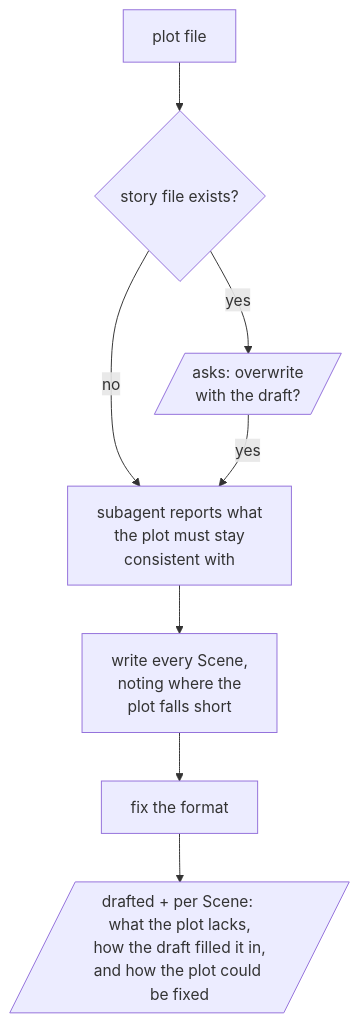
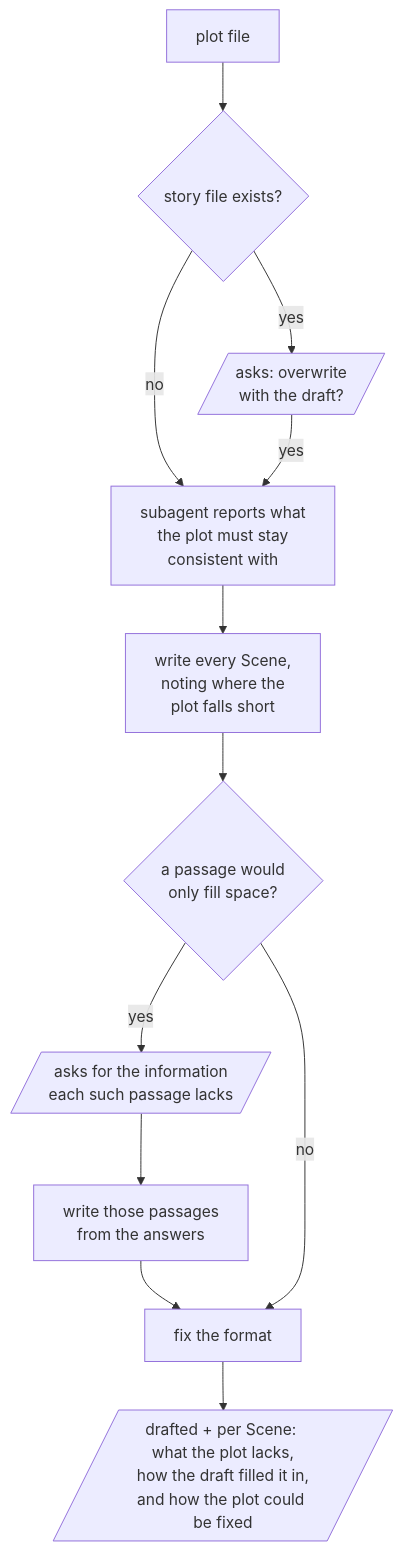
Before and after one commit to omni-stove/skill-kit: the diagram in domains/story/skills/draft/README.md, drawn with Mermaid. The commit also changed 7 other files, not shown here.

````diff
--- a/domains/story/skills/draft/README.md
+++ b/domains/story/skills/draft/README.md
@@ -8,10 +8,14 @@
 ```mermaid
 flowchart TD
   input[plot file] --> exists{story file exists?}
   exists -- "yes" --> ask[/asks: overwrite<br/>with the draft?/]
   exists -- "no" --> agent
   ask -- "yes" --> agent[subagent reports what<br/>the plot must stay<br/>consistent with]
   agent --> write[write every Scene,<br/>noting where the<br/>plot falls short]
-  write --> format[fix the format]
+  write --> gap{a passage would<br/>only fill space?}
+  gap -- "yes" --> need[/asks for the information<br/>each such passage lacks/]
+  need --> fill[write those passages<br/>from the answers]
+  fill --> format
+  gap -- "no" --> format[fix the format]
   format --> done[/"drafted + per Scene: what the plot lacks,<br/>how the draft filled it in,<br/>and how the plot could be fixed"/]
 ```
````
